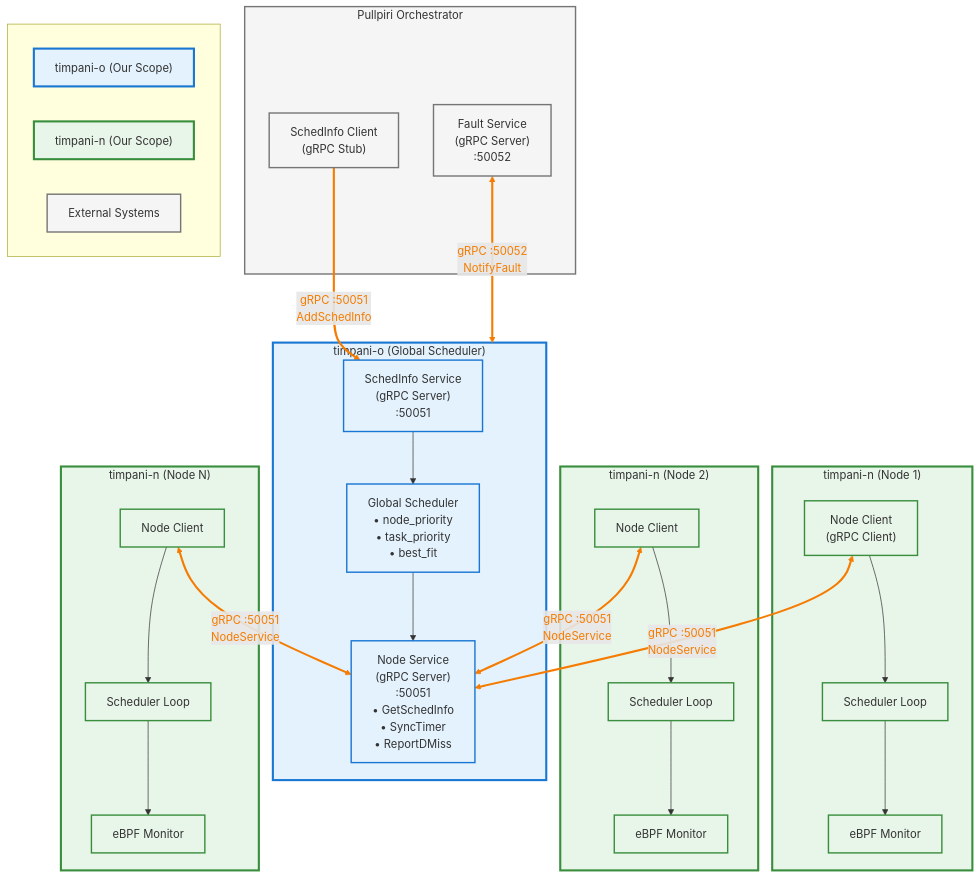
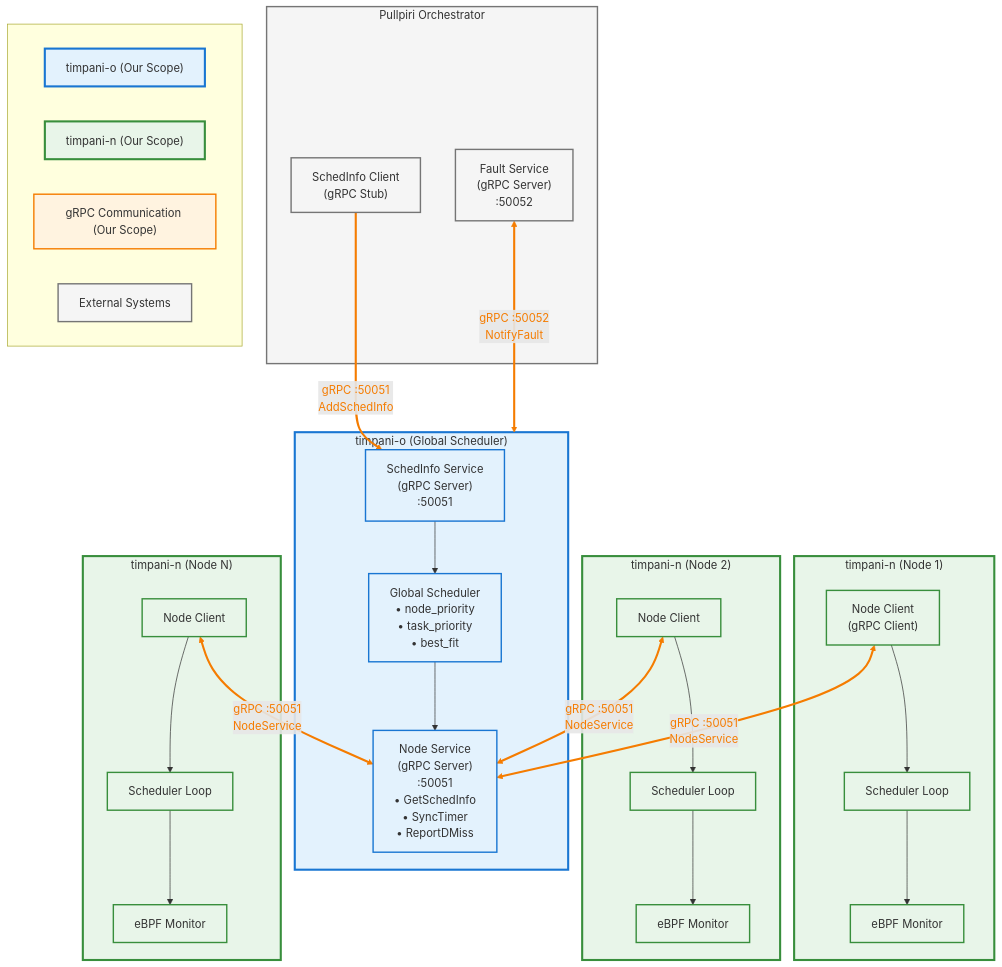
Before and after one commit to akshaylg0314/timpani-akshay: the third of 9 diagrams in doc/architecture/HLD/timpani_rust_grpc_architecture.md, drawn with Mermaid.

Commit message:
docs: update architecture diagram legends for clarity and improved scope representation

````diff
--- a/doc/architecture/HLD/timpani_rust_grpc_architecture.md
+++ b/doc/architecture/HLD/timpani_rust_grpc_architecture.md
@@ -227,7 +227,8 @@
     subgraph Legend[" "]
         L1["timpani-o (Our Scope)"]
         L2["timpani-n (Our Scope)"]
-        L3["External Systems"]
+        L3["gRPC Communication (Our Scope)"]
+        L4["External Systems"]
     end
 
     SchedInfoClient -->|"gRPC :50051<br/>AddSchedInfo"| SchedInfoSvc
@@ -258,7 +259,8 @@
     style BPFN fill:#e8f5e9,stroke:#388e3c,stroke-width:2px
     style L1 fill:#e3f2fd,stroke:#1976d2,stroke-width:3px
     style L2 fill:#e8f5e9,stroke:#388e3c,stroke-width:3px
-    style L3 fill:#f5f5f5,stroke:#757575,stroke-width:2px
+    style L3 fill:#fff3e0,stroke:#f57c00,stroke-width:2px
+    style L4 fill:#f5f5f5,stroke:#757575,stroke-width:2px
 
     linkStyle 8,9,10,11,12 stroke:#f57c00,stroke-width:3px,color:#f57c00
 ```
````
